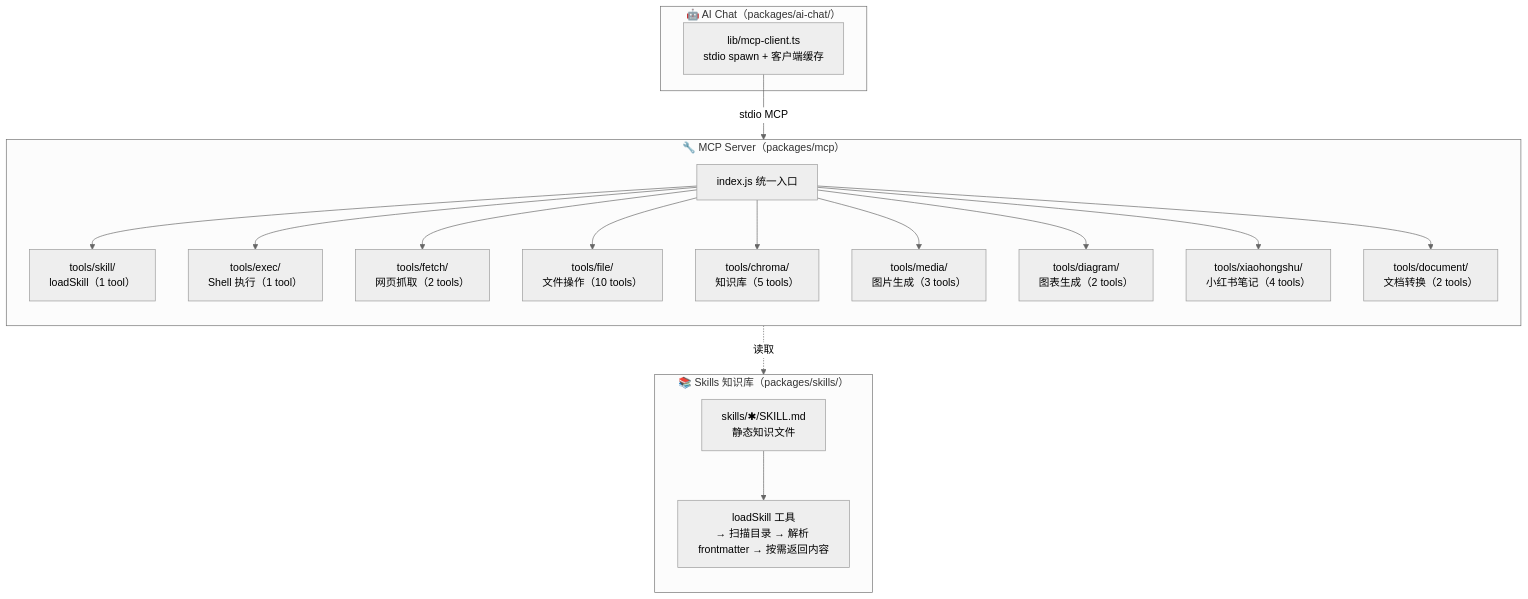
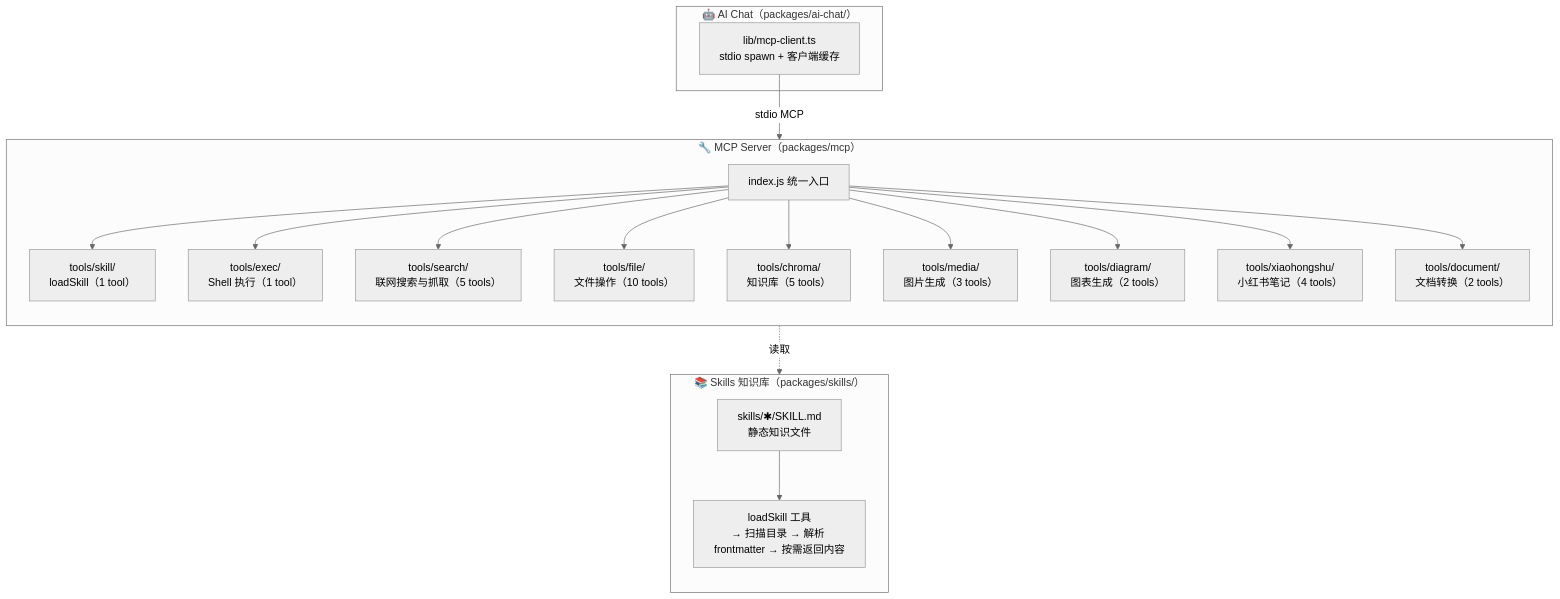
The diagram in packages/mcp/README.md (xiaoshengkai/xiaoshengkai-ai), drawn with Mermaid (neutral theme) before and after one commit. The commit also changed other lines of this file and 26 other files, not shown here.

First line of the commit message:
feat(search): 联网搜索 + 网页抓取（SearXNG + Firecrawl Cloud）

````diff
--- a/packages/mcp/README.md
+++ b/packages/mcp/README.md
@@ -7,31 +7,31 @@
 ```mermaid
 flowchart TB
   subgraph MCP["🔧 MCP Server（packages/mcp）"]
     direction TB
     ENTRY["index.js 统一入口"]
     SKILL["tools/skill/<br/>loadSkill（1 tool）"]
     EXEC["tools/exec/<br/>Shell 执行（1 tool）"]
-    FETCH["tools/fetch/<br/>网页抓取（2 tools）"]
+    SEARCH["tools/search/<br/>联网搜索与抓取（5 tools）"]
     FILE["tools/file/<br/>文件操作（10 tools）"]
     CHROMA["tools/chroma/<br/>知识库（5 tools）"]
     MEDIA["tools/media/<br/>图片生成（3 tools）"]
     DIAGRAM["tools/diagram/<br/>图表生成（2 tools）"]
     XHS["tools/xiaohongshu/<br/>小红书笔记（4 tools）"]
     DOC["tools/document/<br/>文档转换（2 tools）"]
-    ENTRY --> SKILL & EXEC & FETCH & FILE & CHROMA & MEDIA & DIAGRAM & XHS & DOC
+    ENTRY --> SKILL & EXEC & SEARCH & FILE & CHROMA & MEDIA & DIAGRAM & XHS & DOC
   end
 
   subgraph SKILLS["📚 Skills 知识库（packages/skills/）"]
     direction TB
     SK1["skills/✱/SKILL.md<br/>静态知识文件"]
     SK2["loadSkill 工具<br/>→ 扫描目录 → 解析 frontmatter → 按需返回内容"]
     SK1 --> SK2
   end
 
   subgraph AI["🤖 AI Chat（packages/ai-chat/）"]
     AI1["lib/mcp-client.ts<br/>stdio spawn + 客户端缓存"]
   end
 
   AI1 -->|"stdio MCP"| ENTRY
   SKILL -.->|"读取"| SK1
 ```
````
